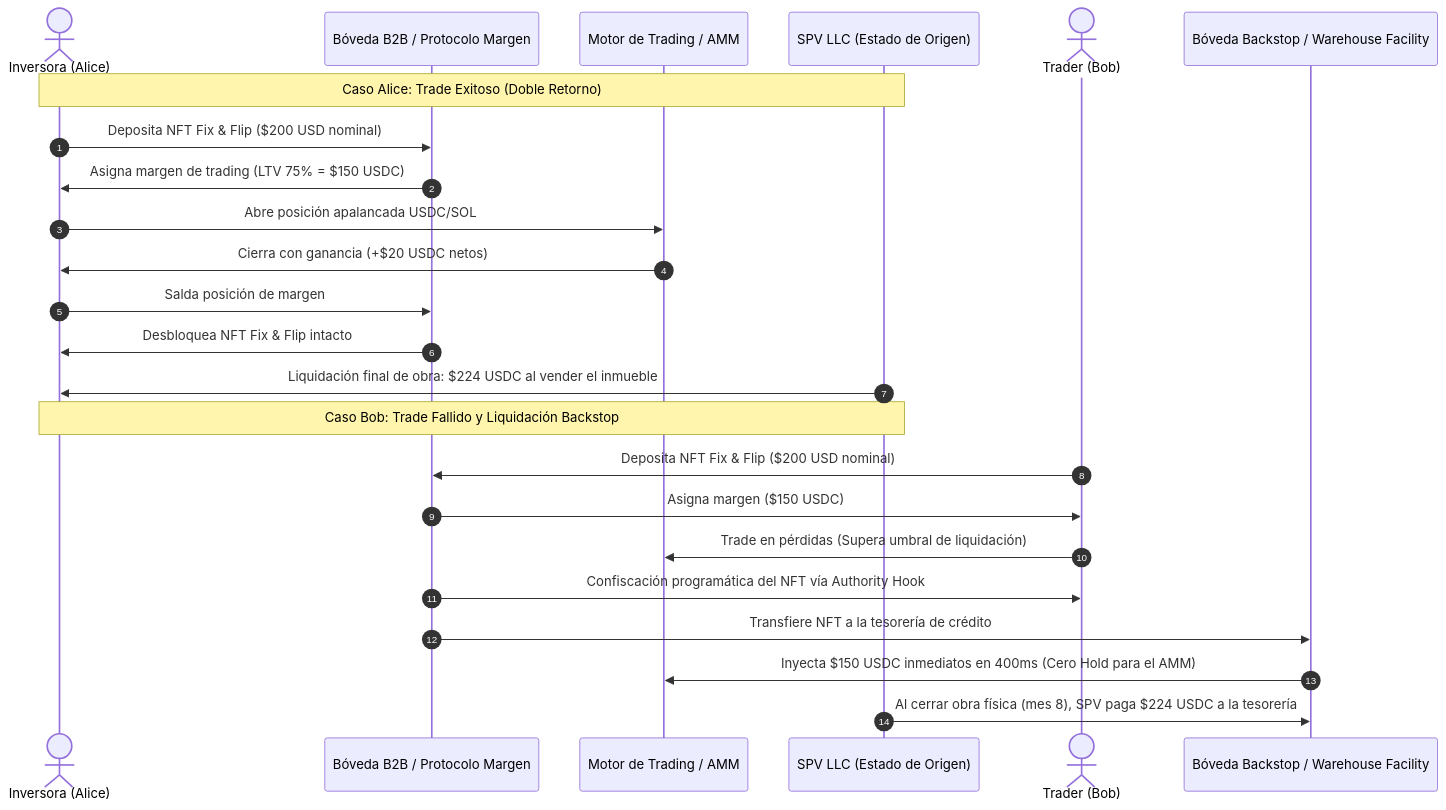
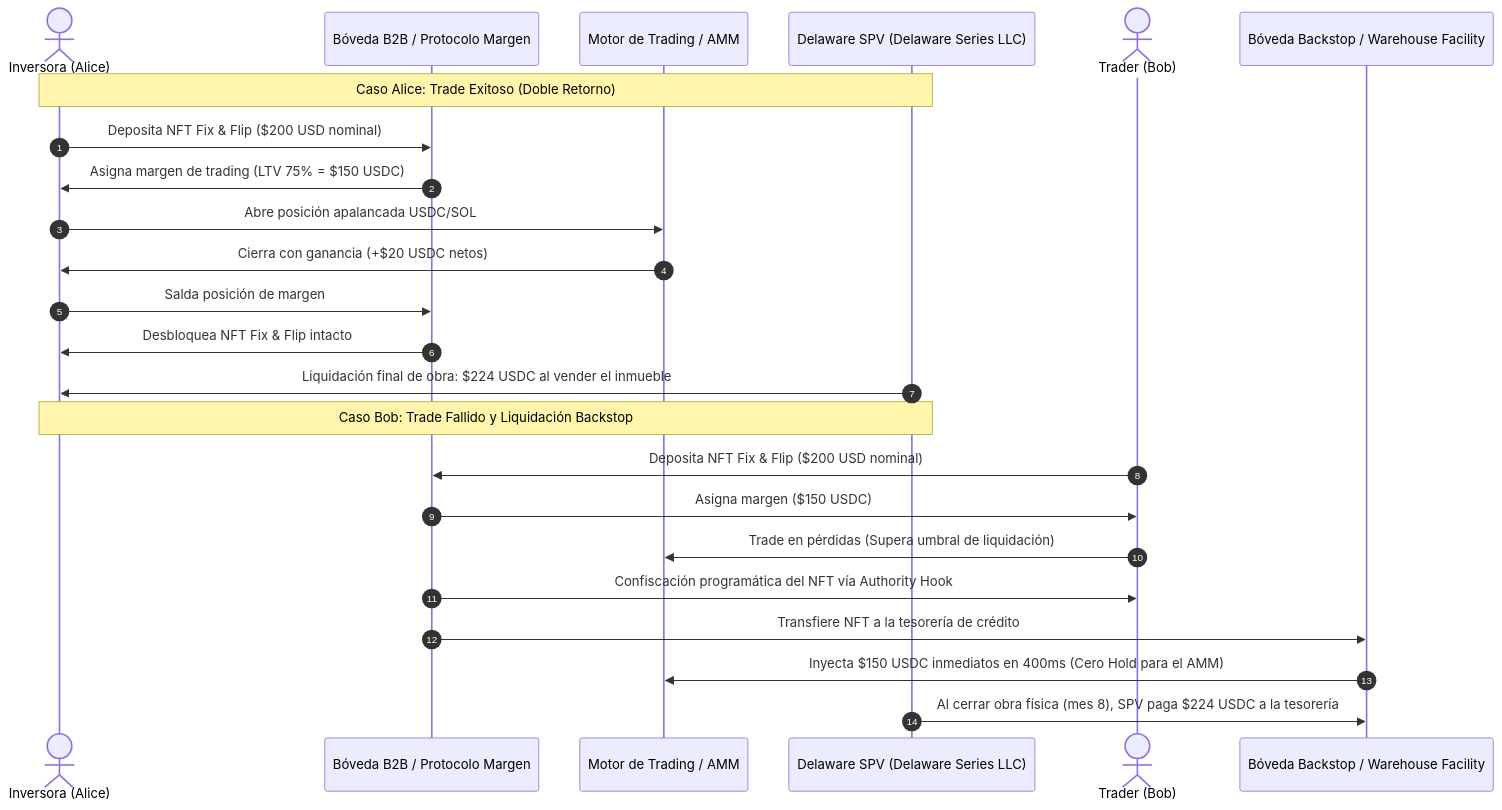
Before and after one commit to jeisonsosablockdev/BRIDS-KNOWLEDGE-FORT: the first of 3 diagrams in BRIDS-Brain/01 Negocio/02 Producto & Ingenieria/rfcs-tecnicos/epic-016-rwa-yield-bearing-margin-collateral.md, drawn with Mermaid. The commit also changed other lines of this file and 28 other files, not shown here.

First line of the commit message:
fix(compliance): align dual-entity architecture to Delaware C-Corp vs Delaware SPVs across vault

````diff
--- a/BRIDS-Brain/01 Negocio/02 Producto & Ingenieria/rfcs-tecnicos/epic-016-rwa-yield-bearing-margin-collateral.md
+++ b/BRIDS-Brain/01 Negocio/02 Producto & Ingenieria/rfcs-tecnicos/epic-016-rwa-yield-bearing-margin-collateral.md
@@ -59,28 +59,28 @@
 ```mermaid
 sequenceDiagram
     autonumber
     actor Alice as Inversora (Alice)
     participant Vault as Bóveda B2B / Protocolo Margen
     participant AMM as Motor de Trading / AMM
-    participant SPV as SPV LLC (Estado de Origen)
+    participant SPV as Delaware SPV (Delaware Series LLC)
 
     Note over Alice,SPV: Caso Alice: Trade Exitoso (Doble Retorno)
     Alice->>Vault: Deposita NFT Fix & Flip ($200 USD nominal)
     Vault->>Alice: Asigna margen de trading (LTV 75% = $150 USDC)
     Alice->>AMM: Abre posición apalancada USDC/SOL
     AMM->>Alice: Cierra con ganancia (+$20 USDC netos)
     Alice->>Vault: Salda posición de margen
     Vault->>Alice: Desbloquea NFT Fix & Flip intacto
     SPV->>Alice: Liquidación final de obra: $224 USDC al vender el inmueble
 
     Note over Alice,SPV: Caso Bob: Trade Fallido y Liquidación Backstop
     actor Bob as Trader (Bob)
     Bob->>Vault: Deposita NFT Fix & Flip ($200 USD nominal)
     Vault->>Bob: Asigna margen ($150 USDC)
     Bob->>AMM: Trade en pérdidas (Supera umbral de liquidación)
     Vault->>Bob: Confiscación programática del NFT vía Authority Hook
     participant BRIDS as Bóveda Backstop / Warehouse Facility
     Vault->>BRIDS: Transfiere NFT a la tesorería de crédito
     BRIDS->>AMM: Inyecta $150 USDC inmediatos en 400ms (Cero Hold para el AMM)
     SPV->>BRIDS: Al cerrar obra física (mes 8), SPV paga $224 USDC a la tesorería
 ```
````
